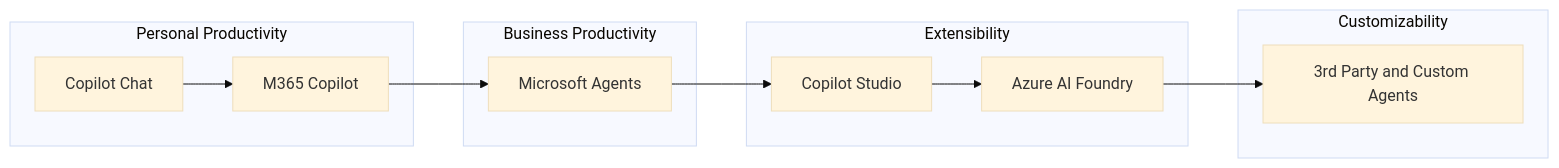
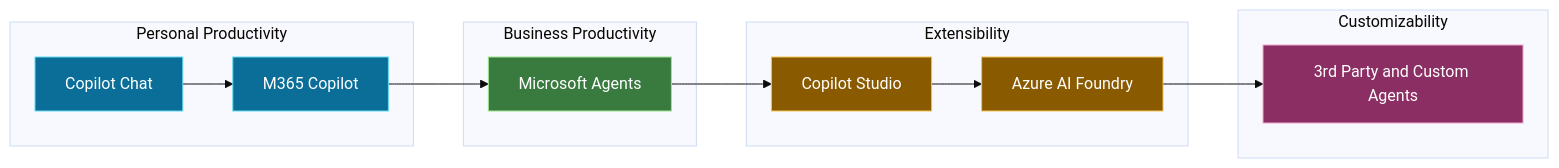
One commit to Cloud2BR-MSFTLearningHub/.github changed the first of 2 diagrams in profile/README.md. Above: the diagram before and after it, drawn with Mermaid (base theme). The commit also changed other lines of this file, not shown here.

Commit message:
Add color to Learning Hub diagrams

````diff
--- a/profile/README.md
+++ b/profile/README.md
@@ -54,22 +54,31 @@
 ```mermaid
 flowchart LR
   subgraph Personal_Productivity[Personal Productivity]
     CopilotChat[Copilot Chat] --> M365Copilot[M365 Copilot]
   end
 
   subgraph Business_Productivity[Business Productivity]
     MicrosoftAgents[Microsoft Agents]
   end
 
   subgraph Extensibility[Extensibility]
     CopilotStudio[Copilot Studio] --> AzureAIFoundry[Azure AI Foundry]
   end
 
   subgraph Customizability[Customizability]
     ThirdPartyCustomAgents[3rd Party and Custom Agents]
   end
 
   M365Copilot --> MicrosoftAgents
   MicrosoftAgents --> CopilotStudio
   AzureAIFoundry --> ThirdPartyCustomAgents
+
+  classDef productivity fill:#0B6E99,stroke:#66D9EF,color:#FFFFFF
+  classDef business fill:#397A3F,stroke:#9EE493,color:#FFFFFF
+  classDef extensibility fill:#8A5A00,stroke:#F5C451,color:#FFFFFF
+  classDef custom fill:#8B2E63,stroke:#F3A6CD,color:#FFFFFF
+  class CopilotChat,M365Copilot productivity
+  class MicrosoftAgents business
+  class CopilotStudio,AzureAIFoundry extensibility
+  class ThirdPartyCustomAgents custom
 ```
````
